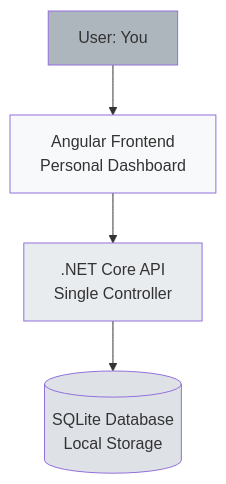
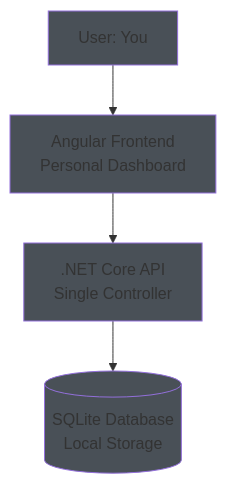
The first of 5 diagrams in architecture-by-size-examples.md (nayanvithanage/code_20-architecture-practice), drawn with Mermaid before and after one commit. The commit also changed other lines of this file, not shown here.

Commit message:
refactor: standardize color styles across all architecture-by-size examples for uniformity

````diff
--- a/architecture-by-size-examples.md
+++ b/architecture-by-size-examples.md
@@ -6,12 +6,12 @@
 ```mermaid
 graph TD
     A[Angular Frontend<br/>Personal Dashboard] --> B[.NET Core API<br/>Single Controller]
     B --> C[(SQLite Database<br/>Local Storage)]
     
     D[User: You] --> A
     
-    style A fill:#f8f9fa
-    style B fill:#e9ecef
-    style C fill:#dee2e6
-    style D fill:#adb5bd
+    style A fill:#495057
+    style B fill:#495057
+    style C fill:#495057
+    style D fill:#495057
 ```
````
